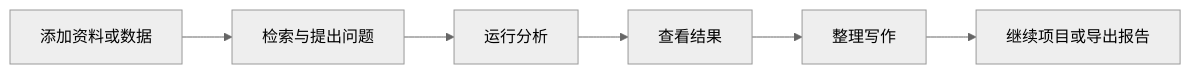
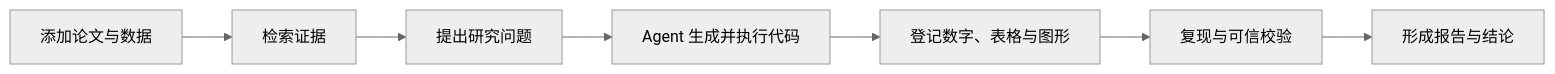
The first of 2 diagrams in README.md (telawang91-dotcom/reprolab), drawn with Mermaid (neutral theme) before and after one commit. The commit also changed other lines of this file and 1 other file, not shown here.

````diff
--- a/README.md
+++ b/README.md
@@ -38,8 +39,9 @@
 ```mermaid
 flowchart LR
-  A[添加资料或数据] --> B[检索与提出问题]
-  B --> C[运行分析]
-  C --> D[查看结果]
-  D --> E[整理写作]
-  E --> F[继续项目或导出报告]
+    A[添加论文与数据] --> B[检索证据]
+    B --> C[提出研究问题]
+    C --> D[Agent 生成并执行代码]
+    D --> E[登记数字、表格与图形]
+    E --> F[复现与可信校验]
+    F --> G[形成报告与结论]
 ```
````
